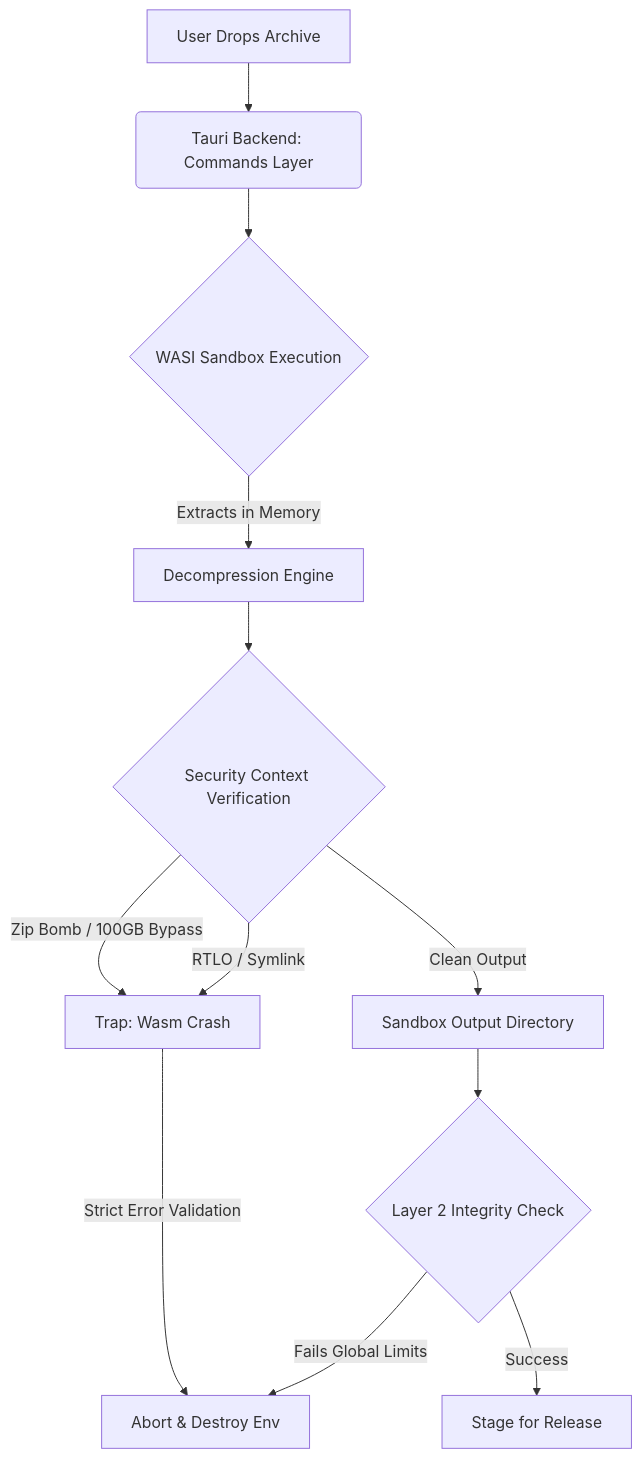
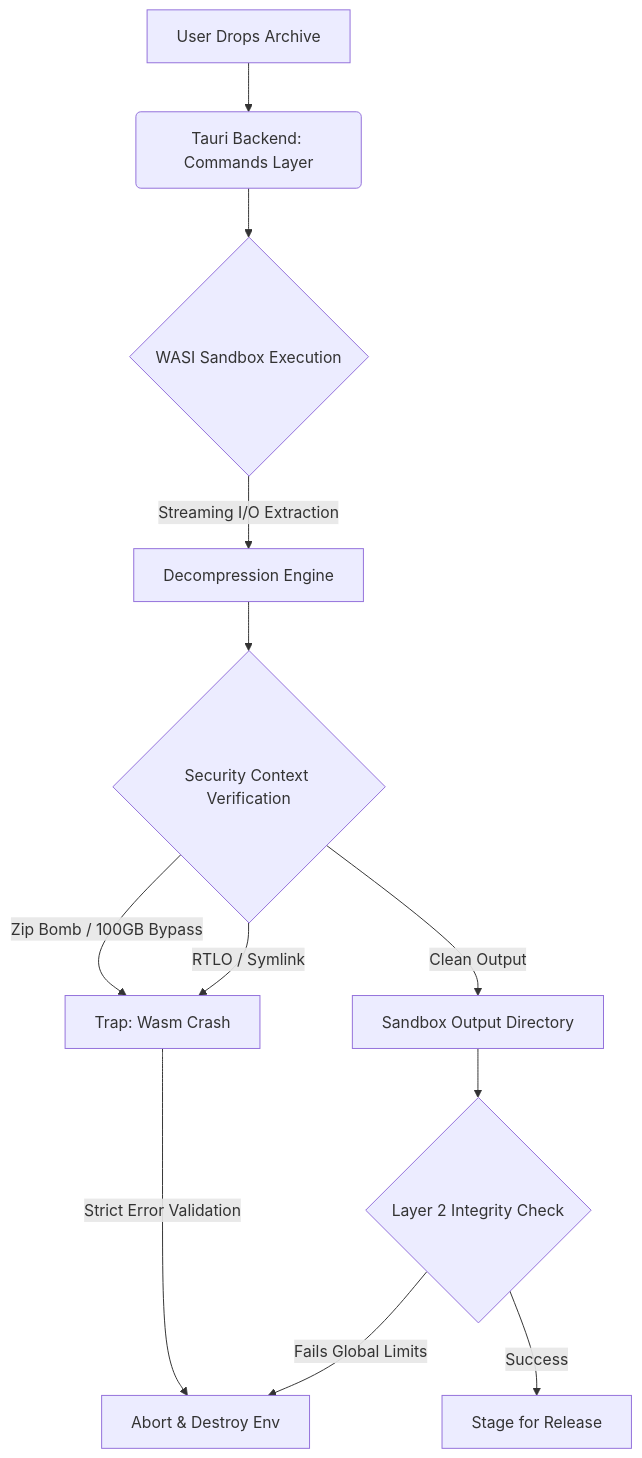
One commit to Cyber-Sec-Space/zdefuser changed the first of 2 diagrams in README.md. Above: the diagram before and after it, drawn with Mermaid. The commit also changed 1 other file, not shown here.

Commit message:
docs(sync): correct mathematically impossible memory extraction claim in architecture diagram

````diff
--- a/README.md
+++ b/README.md
@@ -31,18 +31,18 @@
 ```mermaid
 graph TD;
     A[User Drops Archive] --> B(Tauri Backend: Commands Layer);
     B --> C{WASI Sandbox Execution};
     
-    C -->|Extracts in Memory| D[Decompression Engine];
+    C -->|Streaming I/O Extraction| D[Decompression Engine];
     D --> E{Security Context Verification};
     
     E -->|Zip Bomb / 100GB Bypass| F[Trap: Wasm Crash];
     E -->|RTLO / Symlink| F[Trap: Wasm Crash];
     E -->|Clean Output| G[Sandbox Output Directory];
     
     F -->|Strict Error Validation| H[Abort & Destroy Env];
     G --> I{Layer 2 Integrity Check};
     
     I -->|Fails Global Limits| H;
     I -->|Success| J[Stage for Release];
 ```
````
